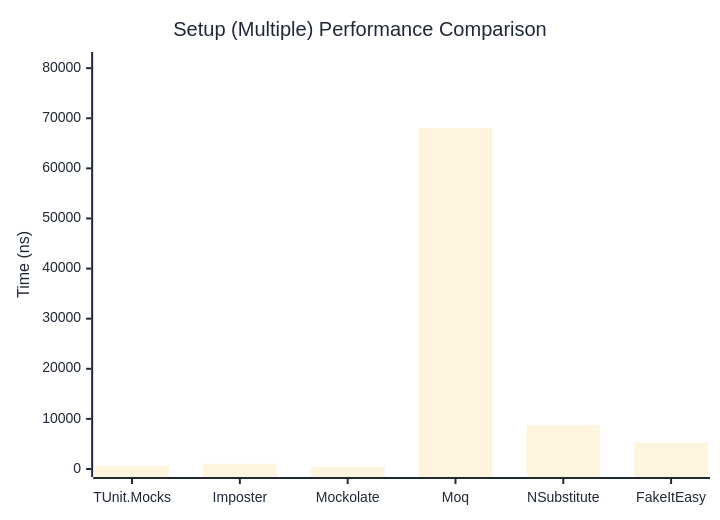
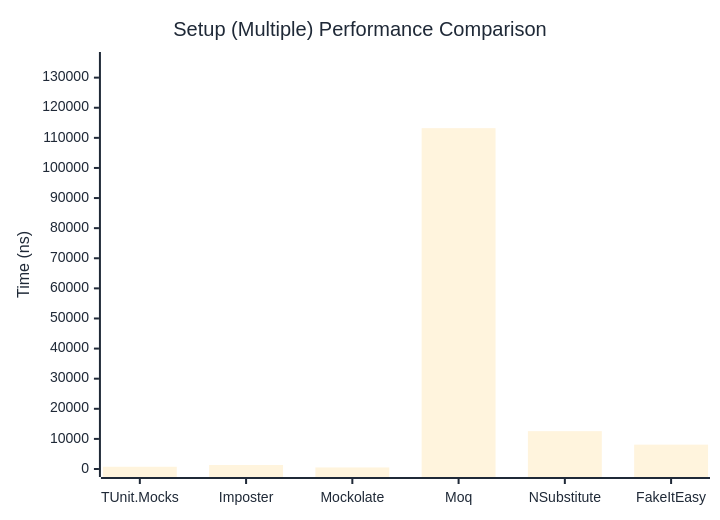
The second of 2 diagrams in docs/docs/benchmarks/mocks/Setup.md (thomhurst/TUnit), drawn with Mermaid before and after one commit. The commit also changed other lines of this file and 14 other files, not shown here.

````diff
--- a/docs/docs/benchmarks/mocks/Setup.md
+++ b/docs/docs/benchmarks/mocks/Setup.md
@@ -71,27 +71,27 @@
 ```mermaid
 %%{init: {
   'theme':'base',
   'themeVariables': {
     'primaryColor': '#2563eb',
     'primaryTextColor': '#1f2937',
     'primaryBorderColor': '#1e40af',
     'lineColor': '#6b7280',
     'secondaryColor': '#7c3aed',
     'tertiaryColor': '#dc2626',
     'background': '#ffffff',
     'pie1': '#2563eb',
     'pie2': '#7c3aed',
     'pie3': '#dc2626',
     'pie4': '#f59e0b',
     'pie5': '#10b981',
     'pie6': '#06b6d4',
     'pie7': '#ec4899',
     'pie8': '#6366f1'
   }
 }}%%
 xychart-beta
   title "Setup (Multiple) Performance Comparison"
   x-axis ["TUnit.Mocks", "Imposter", "Mockolate", "Moq", "NSubstitute", "FakeItEasy"]
-  y-axis "Time (ns)" 0 --> 81627
-  bar [648.3, 1050.6, 433.1, 68022.5, 8719.2, 5270.8]
+  y-axis "Time (ns)" 0 --> 135858
+  bar [740.9, 1324.4, 518.9, 113215, 12569.2, 8089.3]
 ```
````
